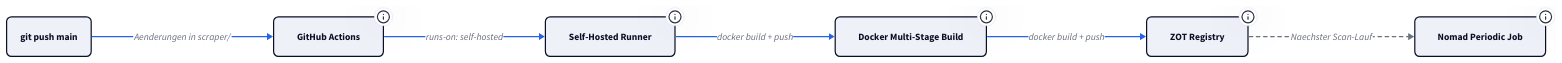
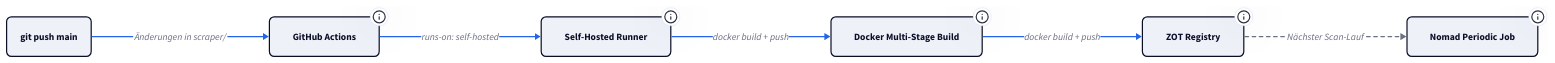
The third of 3 diagrams in docs/immobilien-monitoring/index.md (derever-labs/homelab-wiki), drawn with D2 before and after one commit. The commit also changed other lines of this file and 109 other files, not shown here.

````diff
--- a/docs/immobilien-monitoring/index.md
+++ b/docs/immobilien-monitoring/index.md
@@ -402,52 +400,52 @@
 ```d2
 vars: {
   d2-config: {
     theme-id: 1
     layout-engine: elk
   }
 }
 
 classes: {
   node: { style: { border-radius: 8 } }
 }
 
 direction: right
 
 Push: git push main {
   class: node
 }
 GHA: GitHub Actions {
   class: node
-  tooltip: "build-immoscraper.yml | Trigger bei Aenderungen in scraper/"
+  tooltip: "build-immoscraper.yml | Trigger bei Änderungen in scraper/"
 }
 Runner: Self-Hosted Runner {
   class: node
   tooltip: "Nomad Job github-runner | Docker Socket + ZOT Zugang"
 }
 Build: Docker Multi-Stage Build {
   class: node
-  tooltip: "node:22-alpine | TypeScript Compile + Production Deps"
+  tooltip: "node (Alpine) | TypeScript Compile + Production Deps"
 }
 ZOT: ZOT Registry {
   class: node
   tooltip: "localhost:5000/library/immoscraper:latest"
 }
 Nomad: Nomad Periodic Job {
   class: node
-  tooltip: "force_pull=true | Naechster Cron-Trigger holt neues Image"
+  tooltip: "force_pull=true | Nächster Cron-Trigger holt neues Image"
 }
 
-Push -> GHA: "Aenderungen in scraper/" {
+Push -> GHA: "Änderungen in scraper/" {
   style.stroke: "#2563eb"
 }
 GHA -> Runner: "runs-on: self-hosted" {
   style.stroke: "#2563eb"
 }
 Runner -> Build -> ZOT: "docker build + push" {
   style.stroke: "#2563eb"
 }
-ZOT -> Nomad: "Naechster Scan-Lauf" {
+ZOT -> Nomad: "Nächster Scan-Lauf" {
   style.stroke: "#6b7280"
   style.stroke-dash: 3
 }
 ```
````
